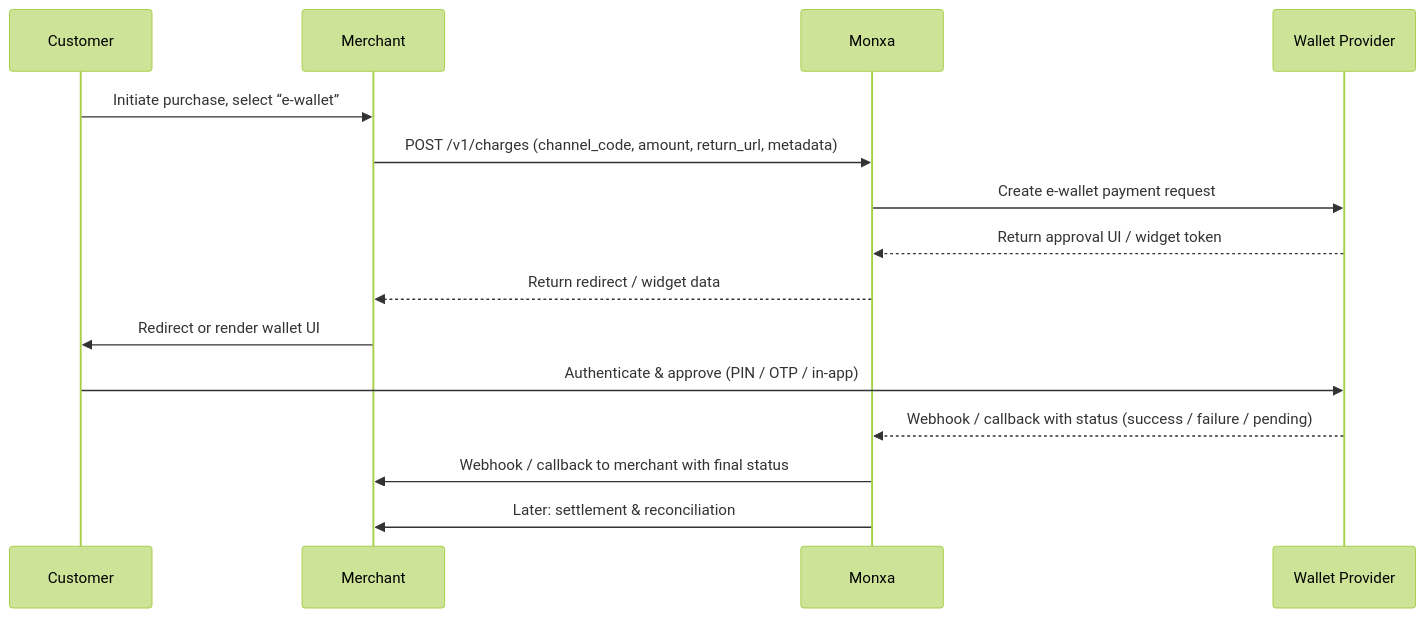
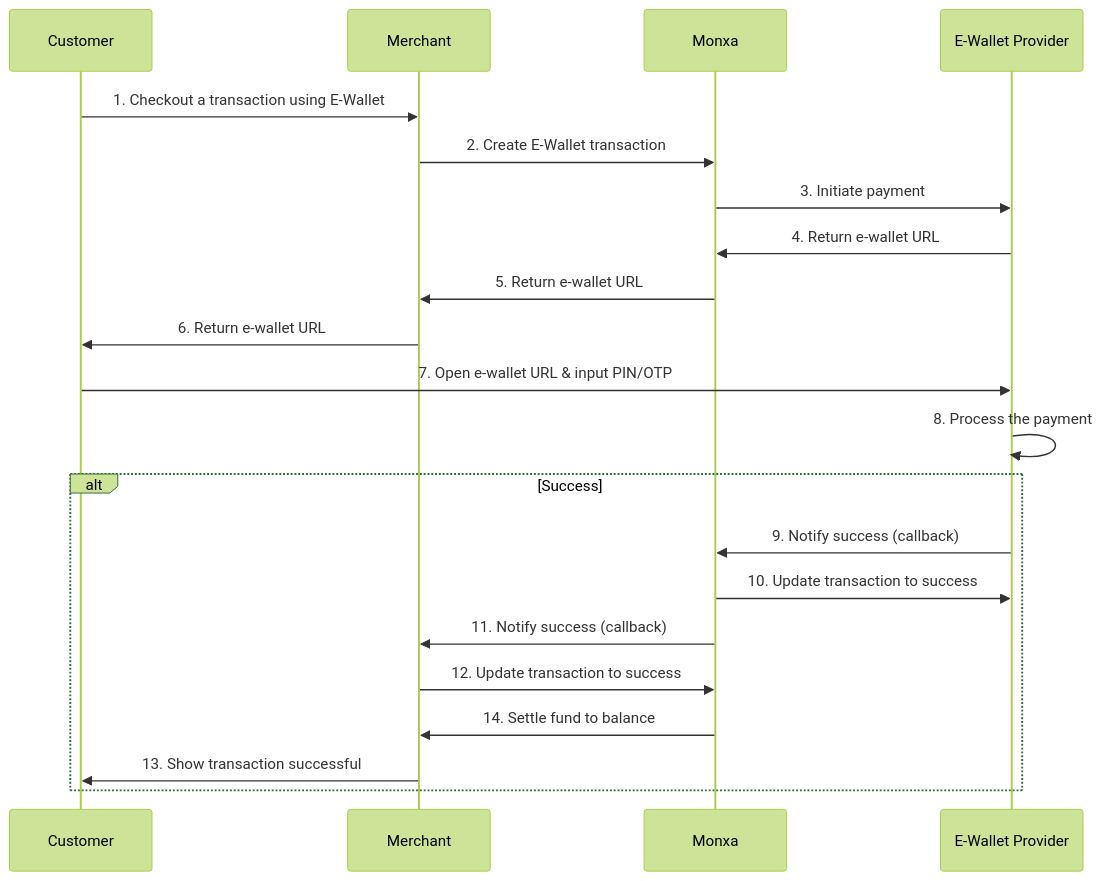
The first of 2 diagrams in payments/payment-methods/wallets.mdx (monxadev/docs), drawn with Mermaid (forest theme) before and after one commit. The commit also changed other lines of this file, not shown here.

Commit message:
Documentation edits made through Mintlify web editor

````diff
--- a/payments/payment-methods/wallets.mdx
+++ b/payments/payment-methods/wallets.mdx
@@ -73,18 +77,25 @@
-```mermaid
-sequenceDiagram
-  participant C as Customer
-  participant M as Merchant
-  participant MX as Monxa
-  participant P as Wallet Provider
-
-  C->>M: Initiate purchase, select “e-wallet”
-  M->>MX: POST /v1/charges (channel_code, amount, return_url, metadata)
-  MX->>P: Create e-wallet payment request
-  P-->>MX: Return approval UI / widget token
-  MX-->>M: Return redirect / widget data
-  M->>C: Redirect or render wallet UI
-  C->>P: Authenticate & approve (PIN / OTP / in-app)
-  P-->>MX: Webhook / callback with status (success / failure / pending)
-  MX->>M: Webhook / callback to merchant with final status
-  MX->>M: Later: settlement & reconciliation
-```
+    ```mermaid
+    sequenceDiagram
+        participant Customer
+        participant Merchant
+        participant Monxa
+        participant Wallet as E-Wallet Provider
+    
+        Customer ->> Merchant: 1. Checkout a transaction using E-Wallet
+        Merchant ->> Monxa: 2. Create E-Wallet transaction
+        Monxa ->> Wallet: 3. Initiate payment
+        Wallet ->> Monxa: 4. Return e-wallet URL
+        Monxa ->> Merchant: 5. Return e-wallet URL
+        Merchant ->> Customer: 6. Return e-wallet URL
+        Customer ->> Wallet: 7. Open e-wallet URL & input PIN/OTP
+        Wallet ->> Wallet: 8. Process the payment
+    
+        alt Success
+            Wallet ->> Monxa: 9. Notify success (callback)
+            Monxa ->> Wallet: 10. Update transaction to success
+            Monxa ->> Merchant: 11. Notify success (callback)
+            Merchant ->> Monxa: 12. Update transaction to success
+            Monxa ->> Merchant: 14. Settle fund to balance
+            Merchant ->> Customer: 13. Show transaction successful
+        end
+    ```
````
